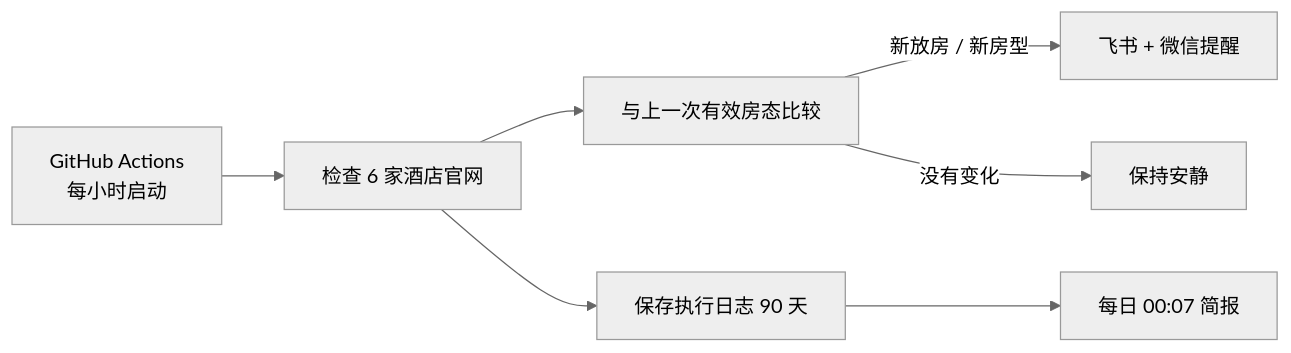
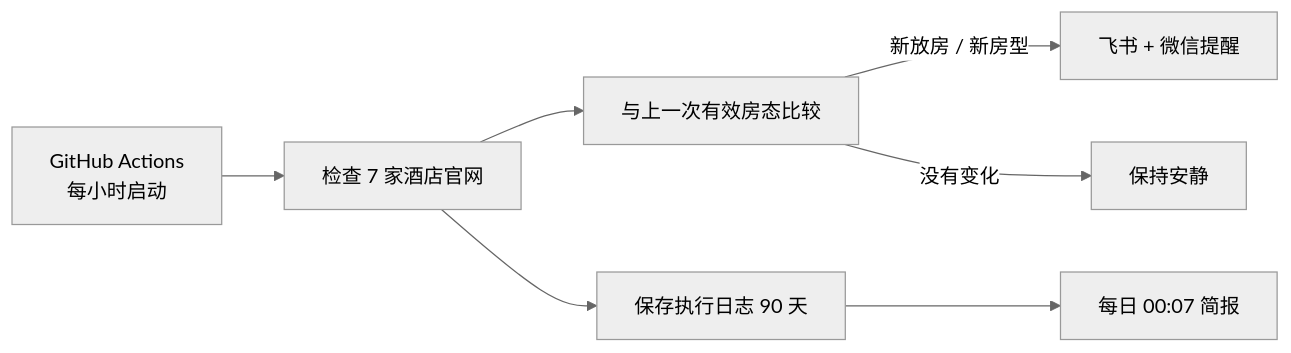
The diagram in README.md (biblioth/tekapo-hotel-monitor), drawn with Mermaid (neutral theme) before and after one commit. The commit also changed other lines of this file, not shown here.

````diff
--- a/README.md
+++ b/README.md
@@ -72,9 +75,9 @@
 ```mermaid
 flowchart LR
-    A[GitHub Actions<br/>每小时启动] --> B[检查 6 家酒店官网]
+    A[GitHub Actions<br/>每小时启动] --> B[检查 7 家酒店官网]
     B --> C[与上一次有效房态比较]
     C -->|新放房 / 新房型| D[飞书 + 微信提醒]
     C -->|没有变化| E[保持安静]
     B --> F[保存执行日志 90 天]
     F --> G[每日 00:07 简报]
 ```
````
